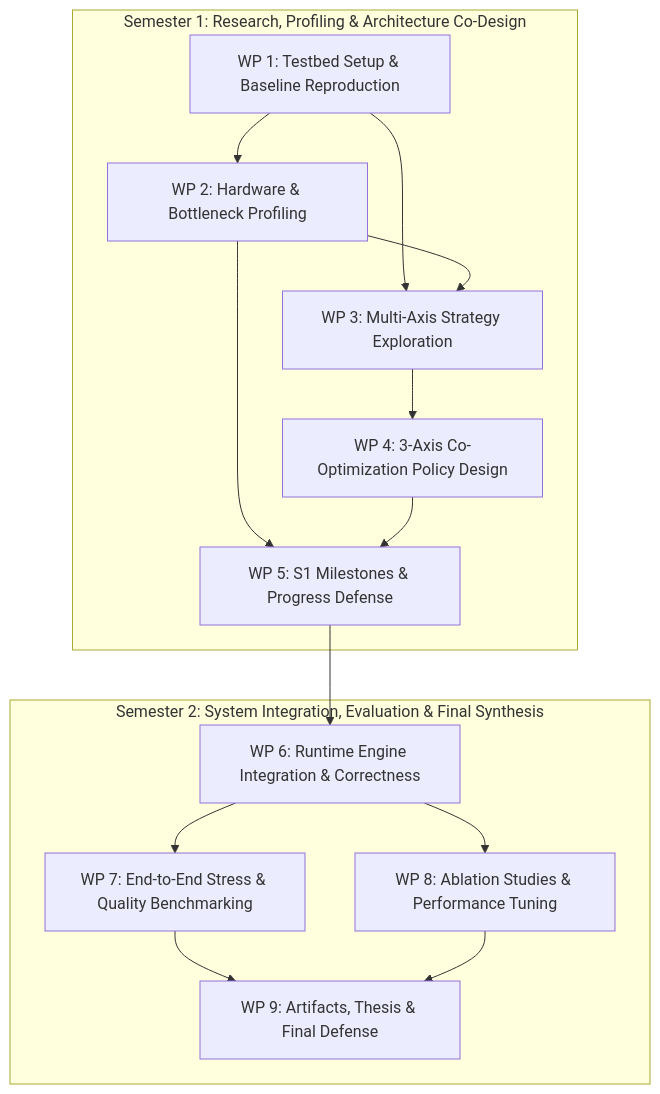
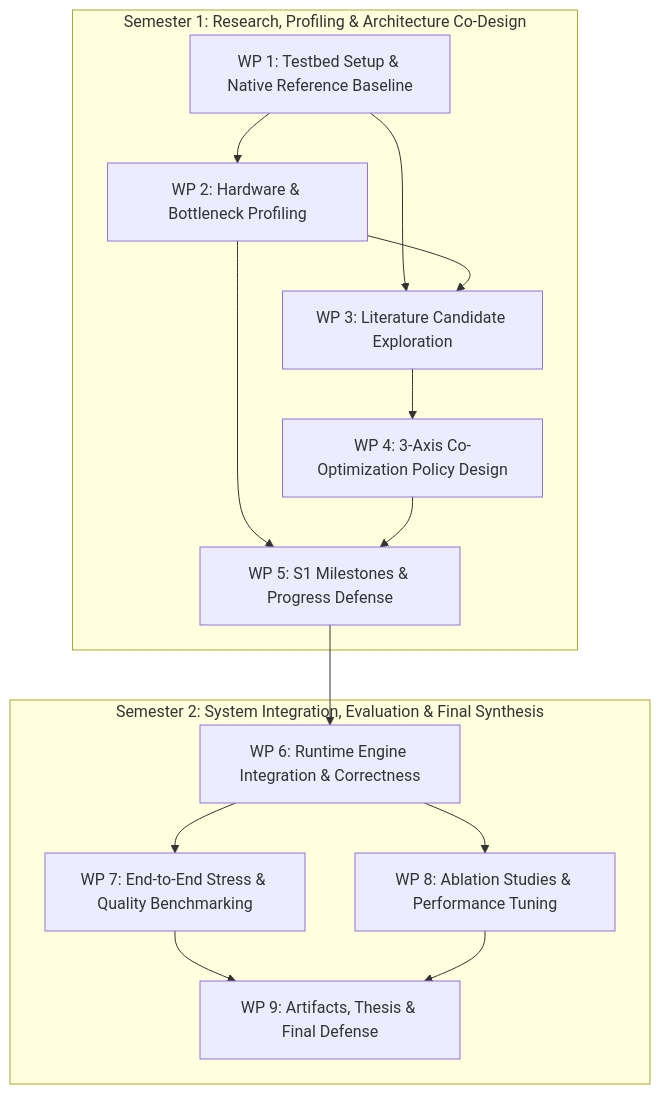
Before and after one commit to New-Sirawat/kv_co-op_hub: the diagram in WORK_PACKAGES.md, drawn with Mermaid. The commit also changed other lines of this file, not shown here.

Commit message:
docs: reframe WP-1 testbed native baseline and WP-3 literature exploration

````diff
--- a/WORK_PACKAGES.md
+++ b/WORK_PACKAGES.md
@@ -118,19 +118,19 @@
 ```mermaid
 flowchart TD
     subgraph S1 ["Semester 1: Research, Profiling & Architecture Co-Design"]
-        WP1["WP 1: Testbed Setup & Baseline Reproduction"] --> WP2["WP 2: Hardware & Bottleneck Profiling"]
-        WP1 --> WP3["WP 3: Multi-Axis Strategy Exploration"]
+        WP1["WP 1: Testbed Setup & Native Reference Baseline"] --> WP2["WP 2: Hardware & Bottleneck Profiling"]
+        WP1 --> WP3["WP 3: Literature Candidate Exploration"]
         WP2 --> WP3
         WP3 --> WP4["WP 4: 3-Axis Co-Optimization Policy Design"]
         WP2 --> WP5["WP 5: S1 Milestones & Progress Defense"]
         WP4 --> WP5
     end
 
     subgraph S2 ["Semester 2: System Integration, Evaluation & Final Synthesis"]
         WP5 --> WP6["WP 6: Runtime Engine Integration & Correctness"]
         WP6 --> WP7["WP 7: End-to-End Stress & Quality Benchmarking"]
         WP6 --> WP8["WP 8: Ablation Studies & Performance Tuning"]
         WP7 --> WP9["WP 9: Artifacts, Thesis & Final Defense"]
         WP8 --> WP9
     end
 ```
````
